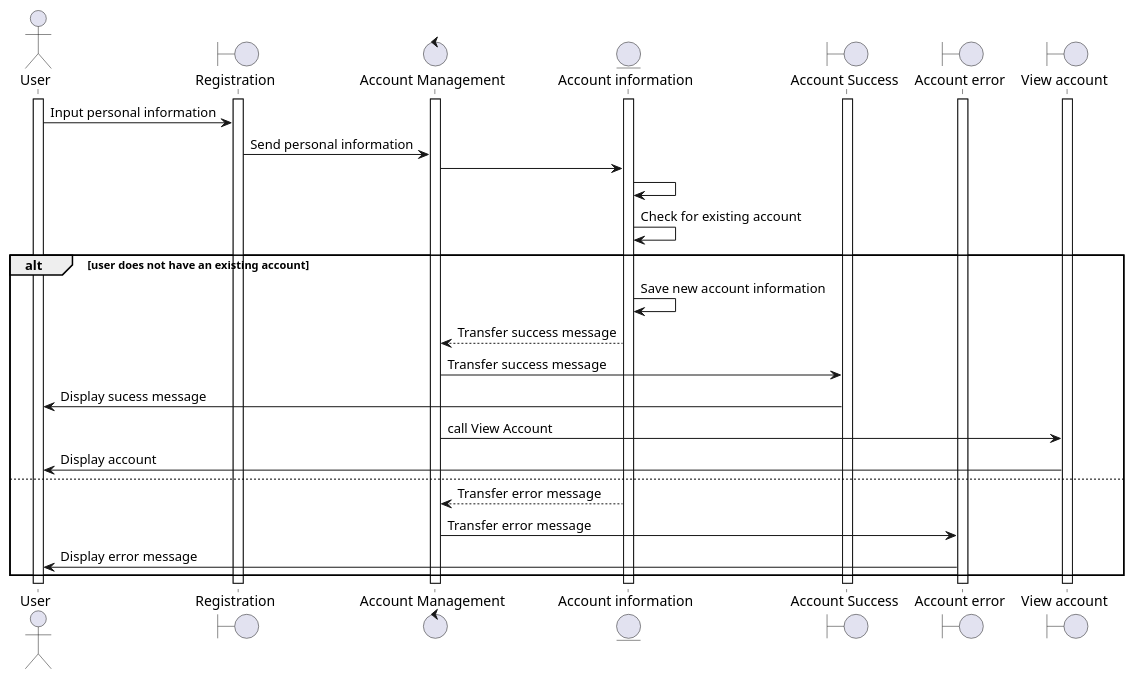
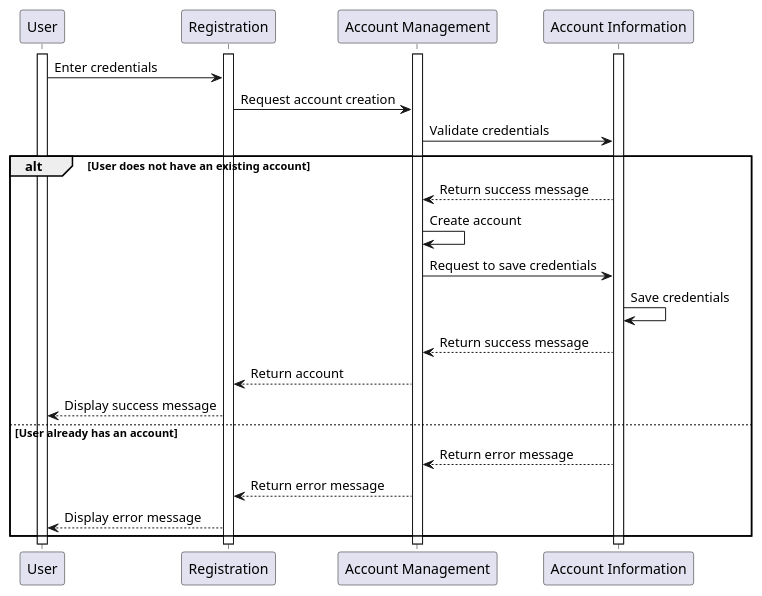
The diagram in PUML/BE8.puml (AhsanM71/SFWRENG-3A04-D1), drawn with PlantUML before and after one commit. The commit also changed 13 other files, not shown here.

Commit message:
updated sequence diagrams

```diff
--- a/PUML/BE8.puml
+++ b/PUML/BE8.puml
@@ -1,39 +1,31 @@
-@startuml
+@startuml be8
 
-actor User
-boundary Registration
-control "Account Management"
-entity "Account information"
-boundary "Account Success"
-boundary "Account error"
-boundary "View account"
+participant User
+participant Registration
+participant "Account Management"
+participant "Account Information"
 
 activate User
 activate "Account Management"
 activate Registration
-activate "Account Success"
-activate "Account error"
-activate "Account information"
-activate "View account"
+activate "Account Information"
 
+User -> Registration: Enter credentials
+Registration -> "Account Management": Request account creation
+"Account Management" -> "Account Information": Validate credentials
 
+alt User does not have an existing account
+    "Account Information" --> "Account Management": Return success message
+    "Account Management" -> "Account Management": Create account
+    "Account Management" -> "Account Information": Request to save credentials
+    "Account Information" -> "Account Information": Save credentials
+    "Account Management" <-- "Account Information": Return success message
+    "Account Management" --> "Registration": Return account
+    "Registration" --> User: Display success message
+else User already has an account
+    "Account Management" <-- "Account Information": Return error message
+    "Account Management" --> "Registration": Return error message
+    "Registration" --> User: Display error message
+end
 
-User->Registration: Input personal information
-Registration -> "Account Management": Send personal information
-"Account Management"->"Account information"
-"Account information" -> "Account information"
-"Account information" -> "Account information": Check for existing account
-alt user does not have an existing account
-"Account information" -> "Account information": Save new account information
-"Account Management"<--"Account information" : Transfer success message
-"Account Management" -> "Account Success": Transfer success message
-"Account Success" -> User: Display sucess message
-"Account Management" -> "View account": call View Account
-"View account" -> User: Display account
-else
-"Account Management"<--"Account information" : Transfer error message
-"Account Management" -> "Account error": Transfer error message
-"Account error" -> User: Display error message
-
-end
 @enduml
```
